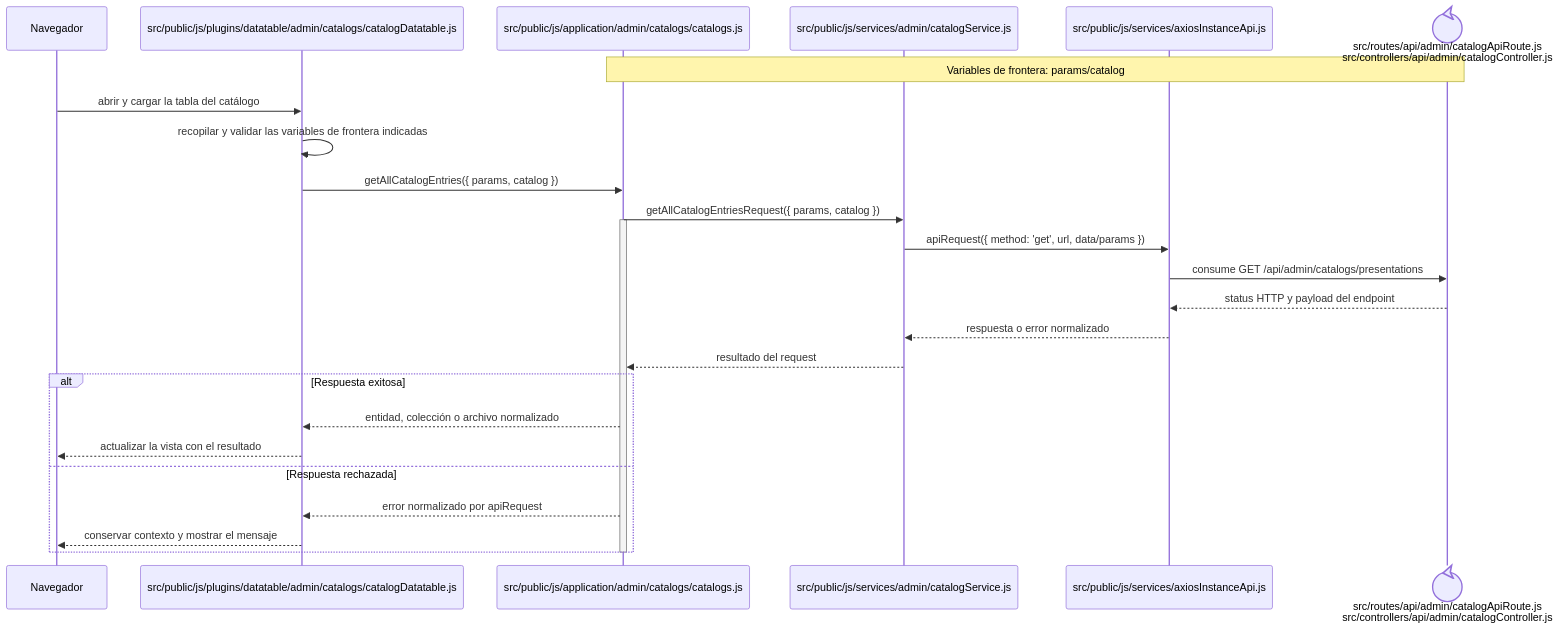
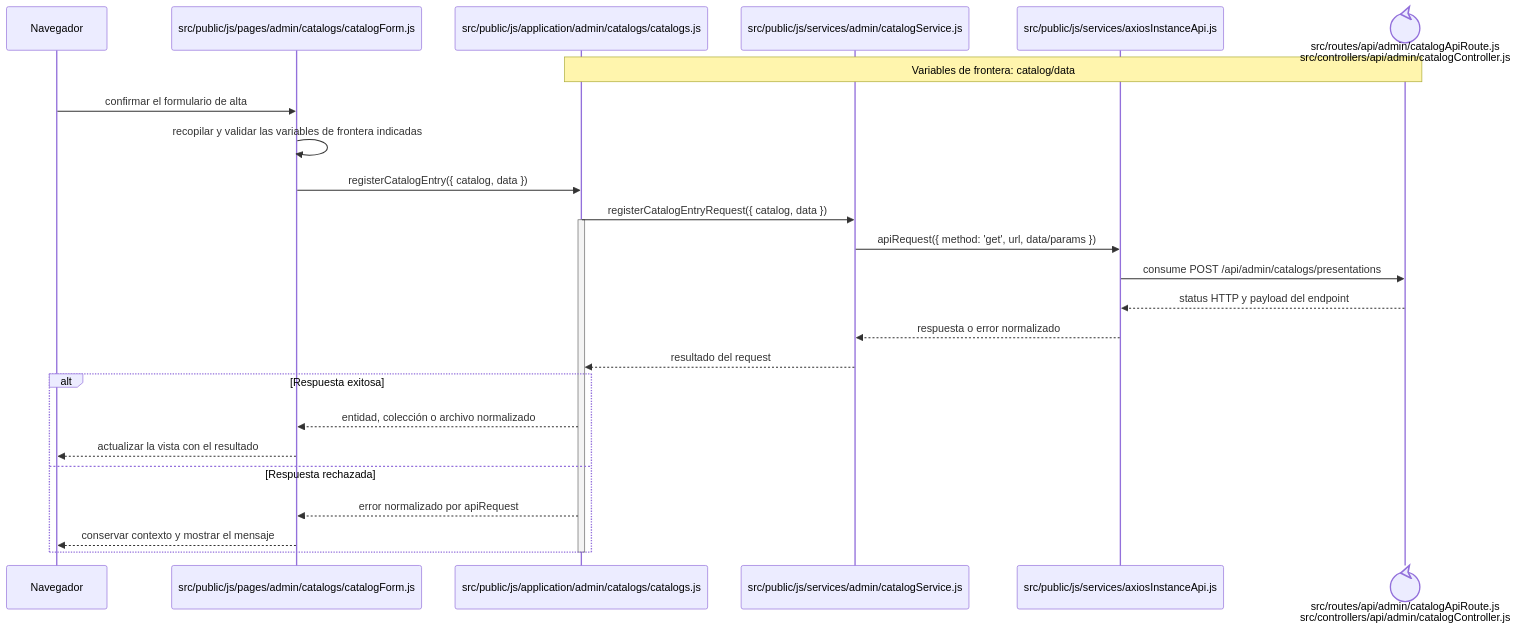
One commit to gpgsistemas01/nexus changed the diagram in docs/architecture/frontend-code-sequences/catalogs/cu-cat-16.md. Above: the diagram before and after it, drawn with Mermaid. The commit also changed other lines of this file and 167 other files, not shown here.

````diff
--- a/docs/architecture/frontend-code-sequences/catalogs/cu-cat-16.md
+++ b/docs/architecture/frontend-code-sequences/catalogs/cu-cat-16.md
@@ -6,29 +6,29 @@
 ```mermaid
 sequenceDiagram
     participant Browser as Navegador
-    participant View as src/public/js/plugins/datatable/admin/catalogs/catalogDatatable.js
+    participant View as src/public/js/pages/admin/catalogs/catalogForm.js
     participant Application as src/public/js/application/admin/catalogs/catalogs.js
     participant Request as src/public/js/services/admin/catalogService.js
     participant HTTP as src/public/js/services/axiosInstanceApi.js
     participant Transport@{ "type": "control" } as src/routes/api/admin/catalogApiRoute.js<br/>src/controllers/api/admin/catalogController.js
-    Note over Application,Transport: Variables de frontera: params/catalog
+    Note over Application,Transport: Variables de frontera: catalog/data
 
-    Browser->>View: abrir y cargar la tabla del catálogo
+    Browser->>View: confirmar el formulario de alta
     View->>View: recopilar y validar las variables de frontera indicadas
-    View->>Application: getAllCatalogEntries({ params, catalog })
-    Application->>Request: getAllCatalogEntriesRequest({ params, catalog })
+    View->>Application: registerCatalogEntry({ catalog, data })
+    Application->>Request: registerCatalogEntryRequest({ catalog, data })
     activate Application
     Request->>HTTP: apiRequest({ method: 'get', url, data/params })
-    HTTP->>Transport: consume GET /api/admin/catalogs/presentations
+    HTTP->>Transport: consume POST /api/admin/catalogs/presentations
     Transport-->>HTTP: status HTTP y payload del endpoint
     HTTP-->>Request: respuesta o error normalizado
     Request-->>Application: resultado del request
     alt Respuesta exitosa
         Application-->>View: entidad, colección o archivo normalizado
         View-->>Browser: actualizar la vista con el resultado
     else Respuesta rechazada
         Application-->>View: error normalizado por apiRequest
         View-->>Browser: conservar contexto y mostrar el mensaje
     end
     deactivate Application
 ```
````
